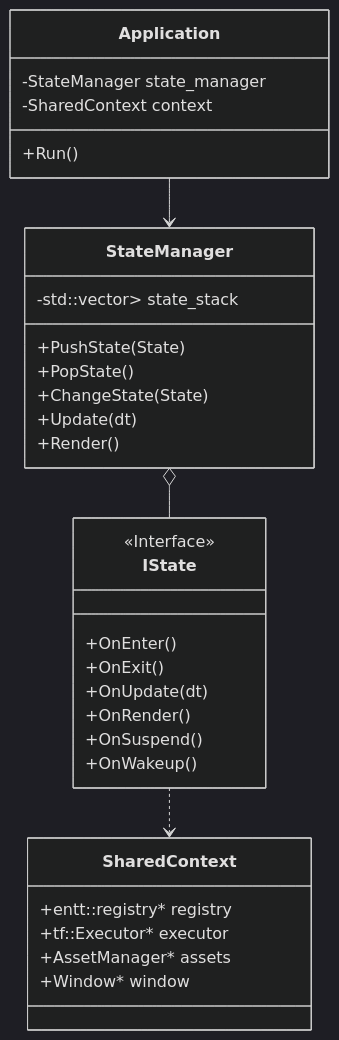
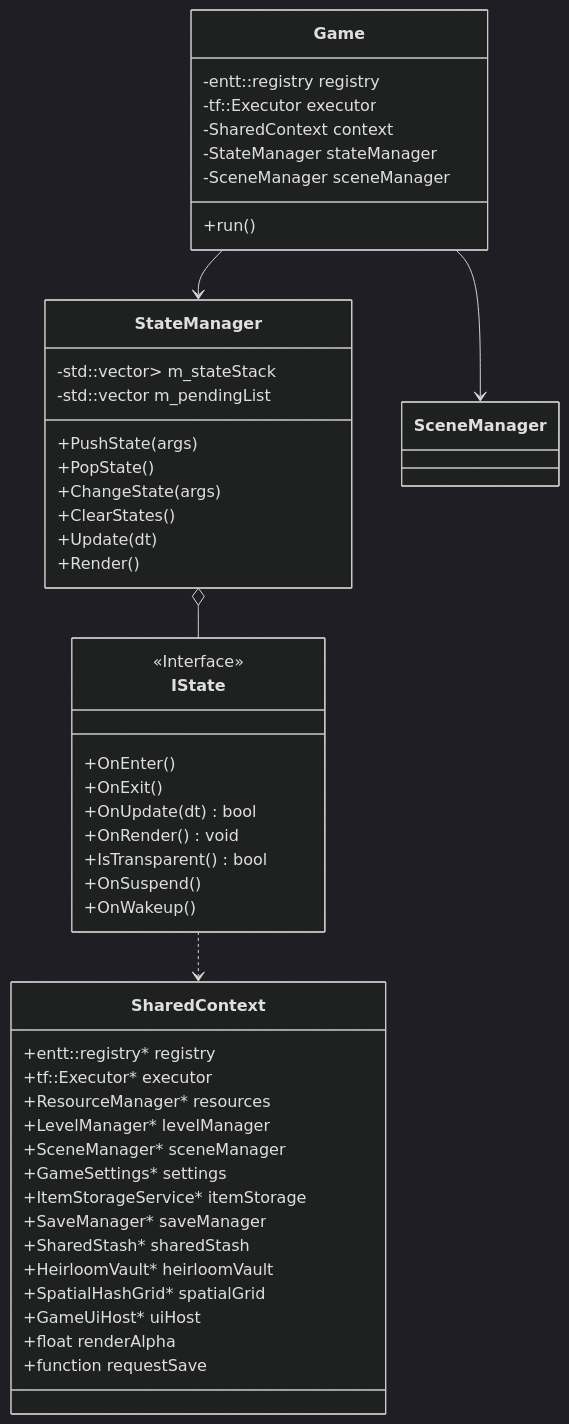
One commit to bigaym/NoMoreDay changed the diagram in 设计文档/游戏流程与状态管理.md. Above: the diagram before and after it, drawn with Mermaid (dark theme). The commit also changed other lines of this file and 17 other files, not shown here.

````diff
--- a/设计文档/游戏流程与状态管理.md
+++ b/设计文档/游戏流程与状态管理.md
@@ -14,35 +14,52 @@
 ```mermaid
 classDiagram
-    class Application {
-        +Run()
-        -StateManager state_manager
+    class Game {
+        +run()
+        -entt::registry registry
+        -tf::Executor executor
         -SharedContext context
+        -StateManager stateManager
+        -SceneManager sceneManager
     }
     class StateManager {
-        -std::vector<unique_ptr<State>> state_stack
-        +PushState(State)
+        -std::vector<unique_ptr<IState>> m_stateStack
+        -std::vector<PendingChange> m_pendingList
+        +PushState(args)
         +PopState()
-        +ChangeState(State)
+        +ChangeState(args)
+        +ClearStates()
         +Update(dt)
         +Render()
     }
     class IState {
         <<Interface>>
         +OnEnter()
         +OnExit()
-        +OnUpdate(dt)
-        +OnRender()
+        +OnUpdate(dt) bool
+        +OnRender() void
+        +IsTransparent() bool
         +OnSuspend()
         +OnWakeup()
     }
     class SharedContext {
         +entt::registry* registry
         +tf::Executor* executor
-        +AssetManager* assets
-        +Window* window
+        +ResourceManager* resources
+        +LevelManager* levelManager
+        +SceneManager* sceneManager
+        +GameSettings* settings
+        +ItemStorageService* itemStorage
+        +SaveManager* saveManager
+        +SharedStash* sharedStash
+        +HeirloomVault* heirloomVault
+        +SpatialHashGrid* spatialGrid
+        +GameUiHost* uiHost
+        +float renderAlpha
+        +function requestSave
     }
     
-    Application --> StateManager
+    Game --> StateManager
+    Game --> SceneManager
     StateManager o-- IState
     IState ..> SharedContext
 ```
````
